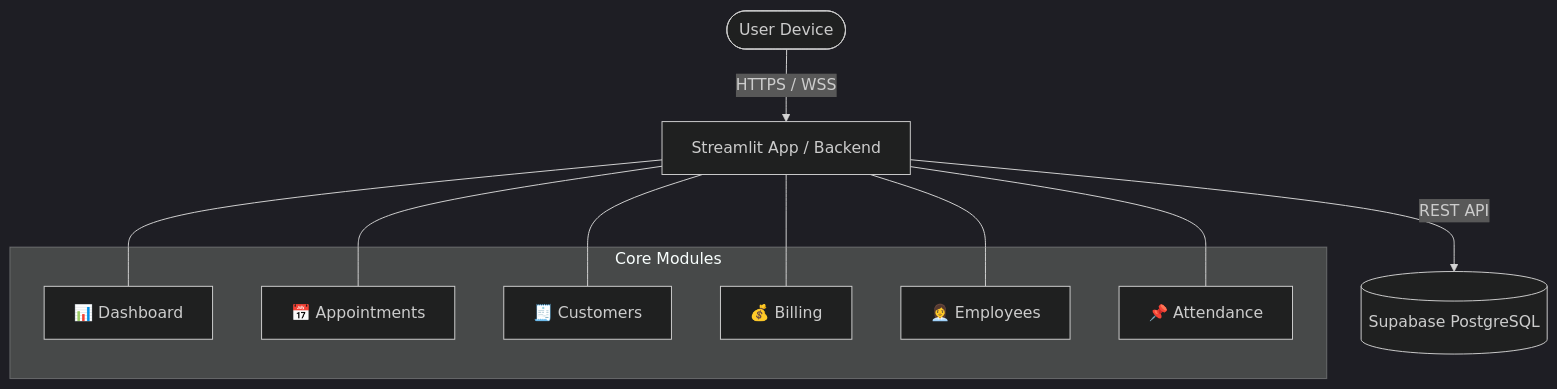
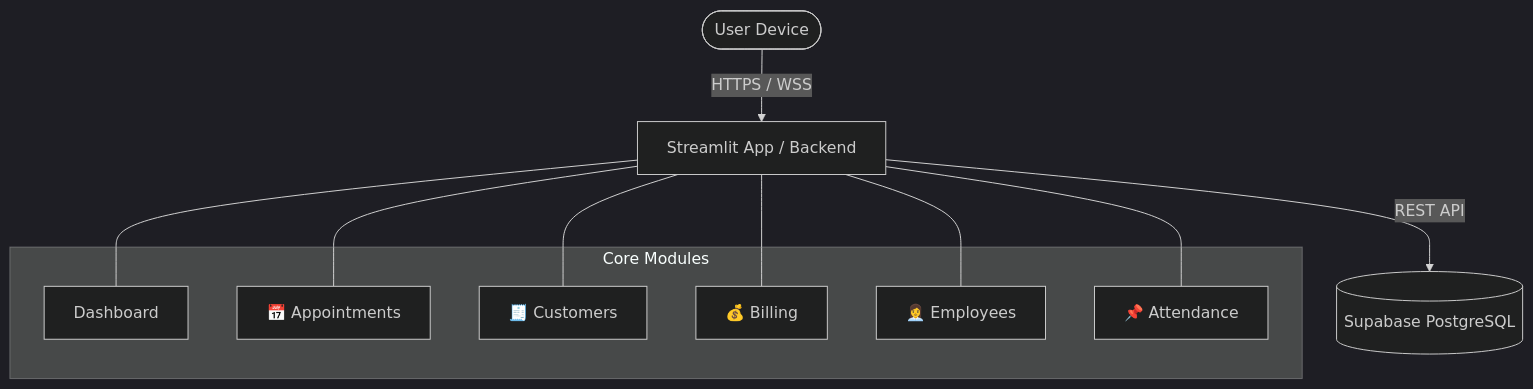
The first of 2 diagrams in README.md (ItsMeTinku/Salon-Management-System), drawn with Mermaid (dark theme) before and after one commit.

Commit message:
Remove emojis from Dashboard label in README

````diff
--- a/README.md
+++ b/README.md
@@ -68,21 +68,21 @@
 ```mermaid
 graph TD
     User([User Device]) -->|HTTPS / WSS| Streamlit[Streamlit App / Backend]
     Streamlit -->|REST API| Supabase[(Supabase PostgreSQL)]
     
     subgraph Core Modules
-        Dashboard[📊 Dashboard]
+        Dashboard[ Dashboard]
         Appointments[📅 Appointments]
         Customers[🧾 Customers]
         Billing[💰 Billing]
         Employees[👩‍💼 Employees]
         Attendance[📌 Attendance]
     end
     
     Streamlit --- Dashboard
     Streamlit --- Appointments
     Streamlit --- Customers
     Streamlit --- Billing
     Streamlit --- Employees
     Streamlit --- Attendance
 ```
````
